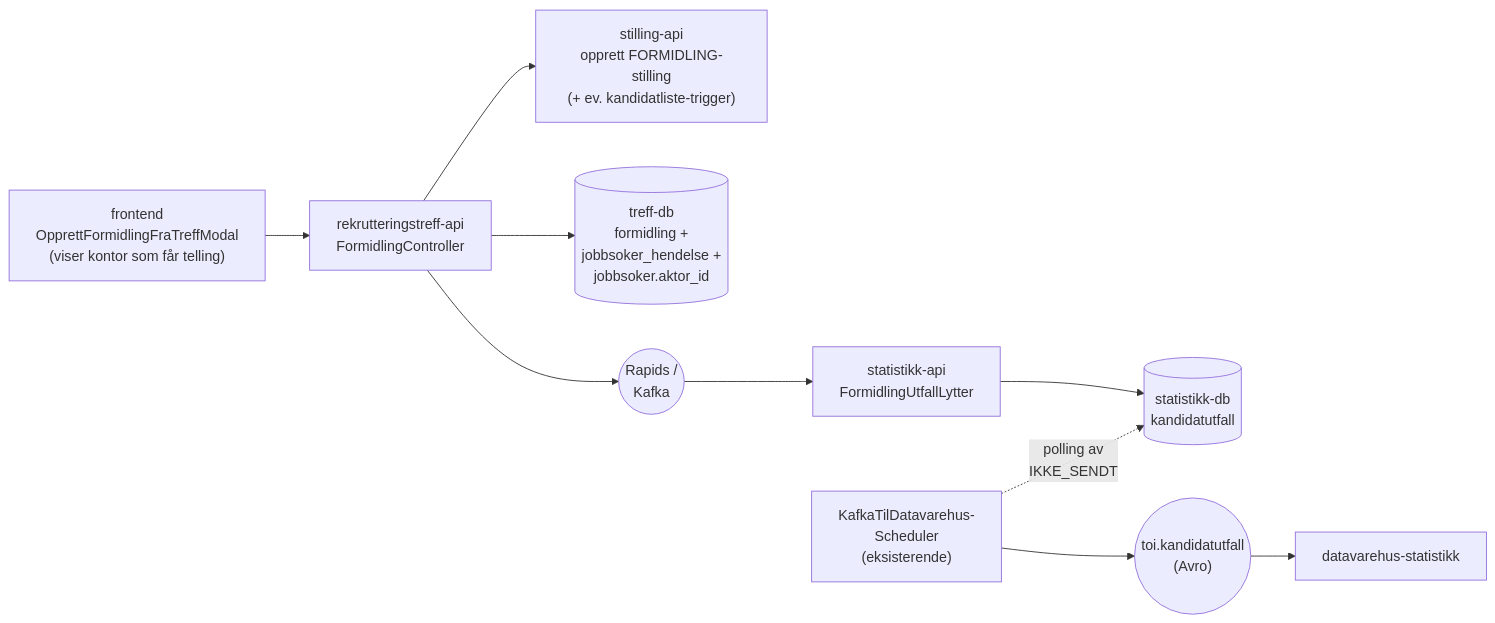
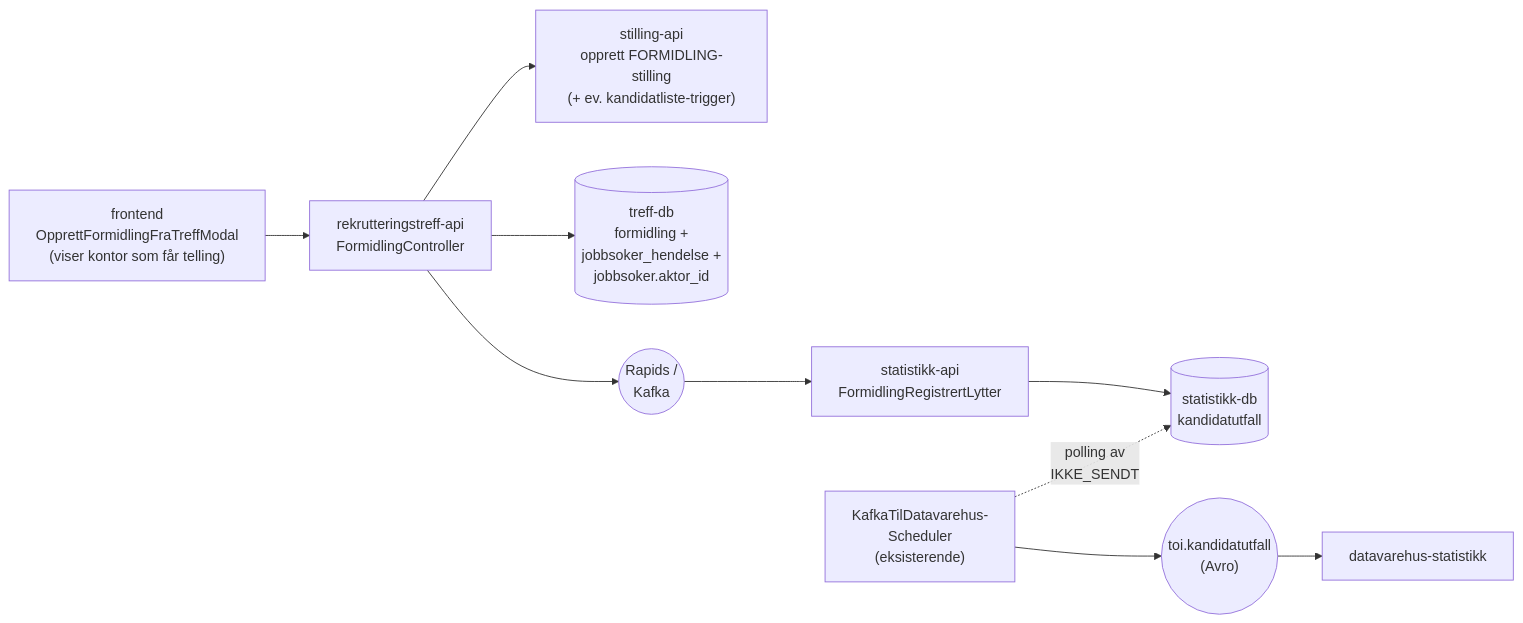
Before and after one commit to navikt/rekrutteringstreff-backend: the first of 2 diagrams in docs/9-planer/rekrutteringstreff-fått-jobben/formidling-utfall-til-statistikk.md, drawn with Mermaid. The commit also changed other lines of this file, not shown here.

Commit message:
Oppdater dokument for formidling

````diff
--- a/docs/9-planer/rekrutteringstreff-fått-jobben/formidling-utfall-til-statistikk.md
+++ b/docs/9-planer/rekrutteringstreff-fått-jobben/formidling-utfall-til-statistikk.md
@@ -102,23 +104,23 @@
 ```mermaid
 flowchart LR
   FE["frontend<br/>OpprettFormidlingFraTreffModal<br/>(viser kontor som får telling)"]
     FC["rekrutteringstreff-api<br/>FormidlingController"]
     SA["stilling-api<br/>opprett FORMIDLING-stilling<br/>(+ ev. kandidatliste-trigger)"]
     DB[("treff-db<br/>formidling +<br/>jobbsoker_hendelse +<br/>jobbsoker.aktor_id")]
     R(("Rapids /<br/>Kafka"))
-    SL["statistikk-api<br/>FormidlingUtfallLytter"]
+    SL["statistikk-api<br/>FormidlingRegistrertLytter"]
     KU[("statistikk-db<br/>kandidatutfall")]
     DVH["KafkaTilDatavarehus-<br/>Scheduler<br/>(eksisterende)"]
     AVRO(("toi.kandidatutfall<br/>(Avro)"))
     DV["datavarehus-statistikk"]
 
     FE --> FC
     FC --> SA
     FC --> DB
     FC --> R
     R --> SL
     SL --> KU
     DVH -. "polling av<br/>IKKE_SENDT" .-> KU
     DVH --> AVRO
     AVRO --> DV
 ```
````
